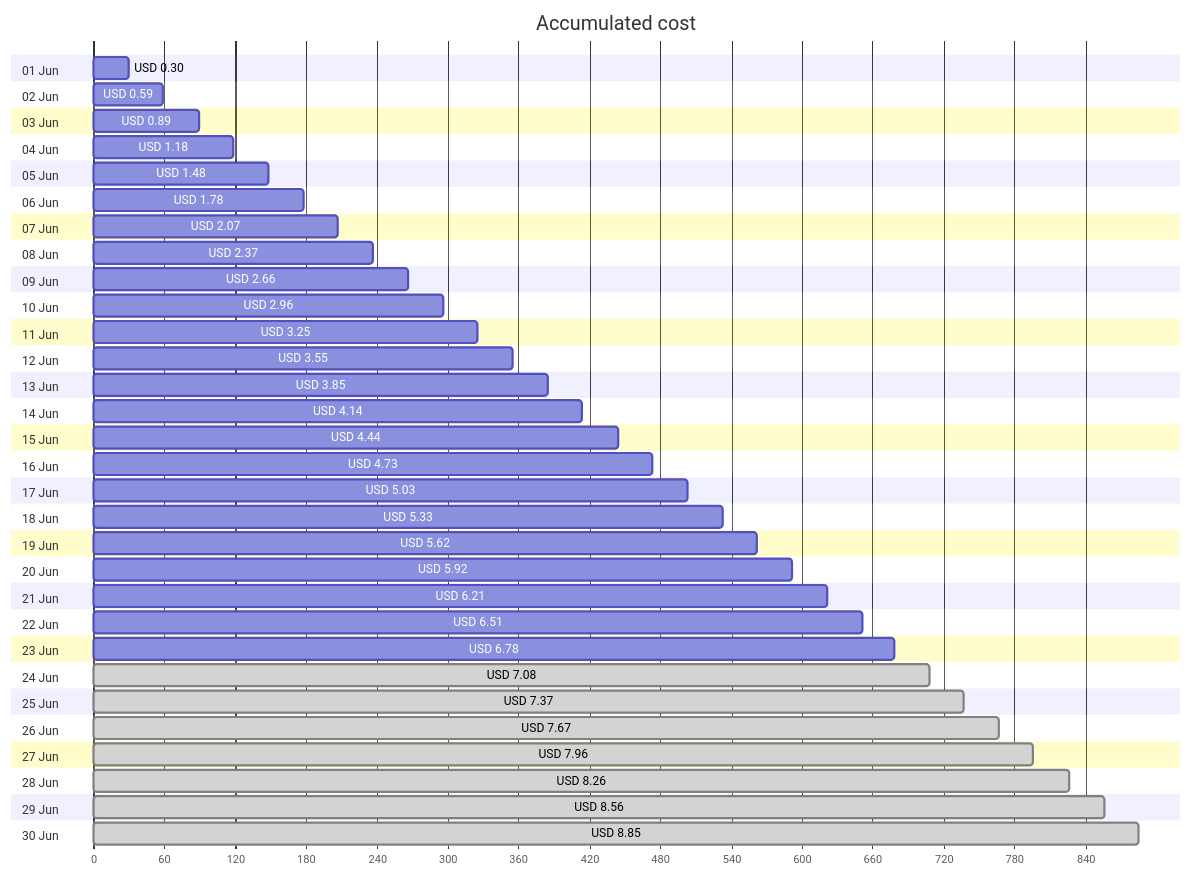
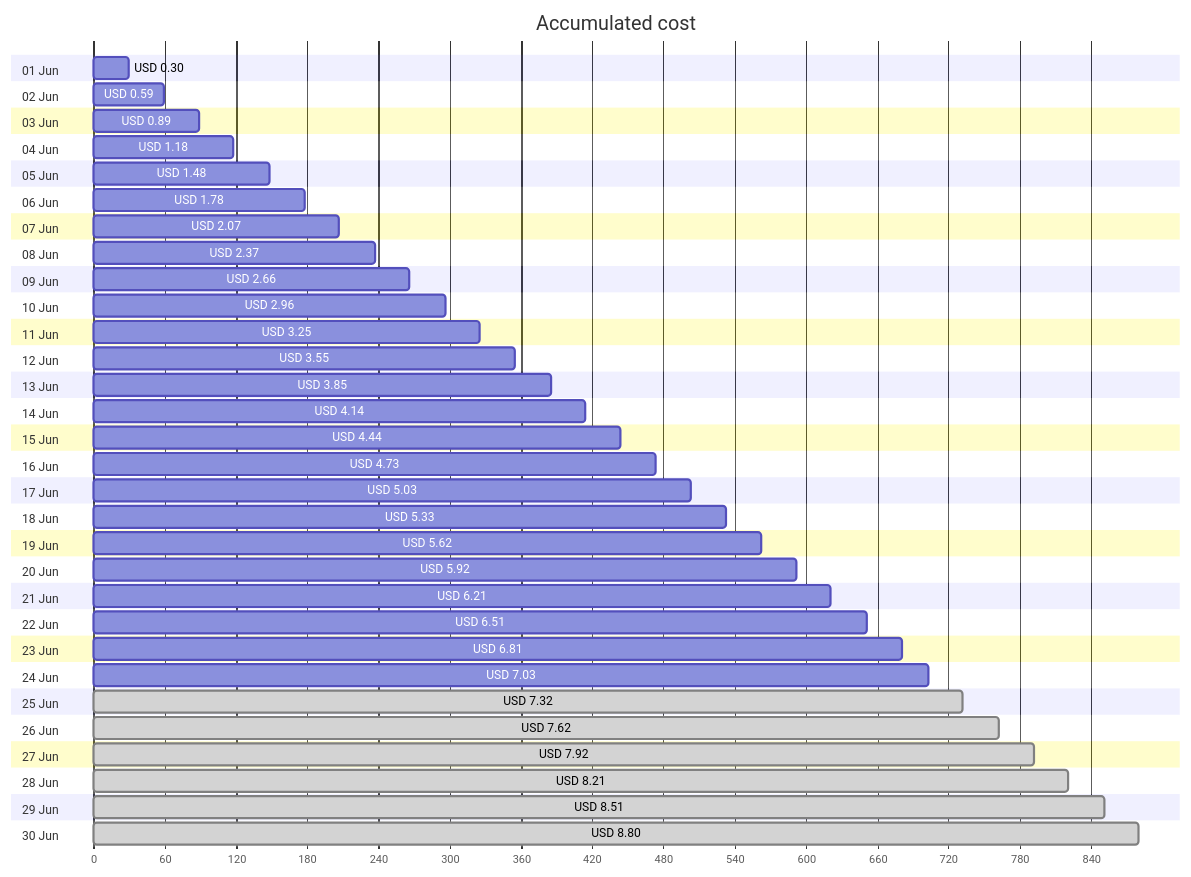
The first of 4 diagrams in cost-reports/personal-site/personal-site-preview.md (jpfulton/azure-personal-reports), drawn with Mermaid before and after one commit. The commit also changed other lines of this file and 6 other files, not shown here.

````diff
--- a/cost-reports/personal-site/personal-site-preview.md
+++ b/cost-reports/personal-site/personal-site-preview.md
@@ -20,66 +20,66 @@
 ```mermaid
 gantt
    title Accumulated cost
    dateFormat  X
    axisFormat %s
    section 01 Jun
    USD 0.30 :0, 30
    section 02 Jun
    USD 0.59 :0, 59
    section 03 Jun
    USD 0.89 :0, 89
    section 04 Jun
    USD 1.18 :0, 118
    section 05 Jun
    USD 1.48 :0, 148
    section 06 Jun
    USD 1.78 :0, 178
    section 07 Jun
    USD 2.07 :0, 207
    section 08 Jun
    USD 2.37 :0, 237
    section 09 Jun
    USD 2.66 :0, 266
    section 10 Jun
    USD 2.96 :0, 296
    section 11 Jun
    USD 3.25 :0, 325
    section 12 Jun
    USD 3.55 :0, 355
    section 13 Jun
    USD 3.85 :0, 385
    section 14 Jun
    USD 4.14 :0, 414
    section 15 Jun
    USD 4.44 :0, 444
    section 16 Jun
    USD 4.73 :0, 473
    section 17 Jun
    USD 5.03 :0, 503
    section 18 Jun
    USD 5.33 :0, 533
    section 19 Jun
    USD 5.62 :0, 562
    section 20 Jun
    USD 5.92 :0, 592
    section 21 Jun
    USD 6.21 :0, 621
    section 22 Jun
    USD 6.51 :0, 651
    section 23 Jun
-   USD 6.78 :0, 678
+   USD 6.81 :0, 681
    section 24 Jun
-   USD 7.08 : done, 0, 708
+   USD 7.03 :0, 703
    section 25 Jun
-   USD 7.37 : done, 0, 737
+   USD 7.32 : done, 0, 732
    section 26 Jun
-   USD 7.67 : done, 0, 767
+   USD 7.62 : done, 0, 762
    section 27 Jun
-   USD 7.96 : done, 0, 796
+   USD 7.92 : done, 0, 792
    section 28 Jun
-   USD 8.26 : done, 0, 826
+   USD 8.21 : done, 0, 821
    section 29 Jun
-   USD 8.56 : done, 0, 856
+   USD 8.51 : done, 0, 851
    section 30 Jun
-   USD 8.85 : done, 0, 885
+   USD 8.80 : done, 0, 880
 ```
````
